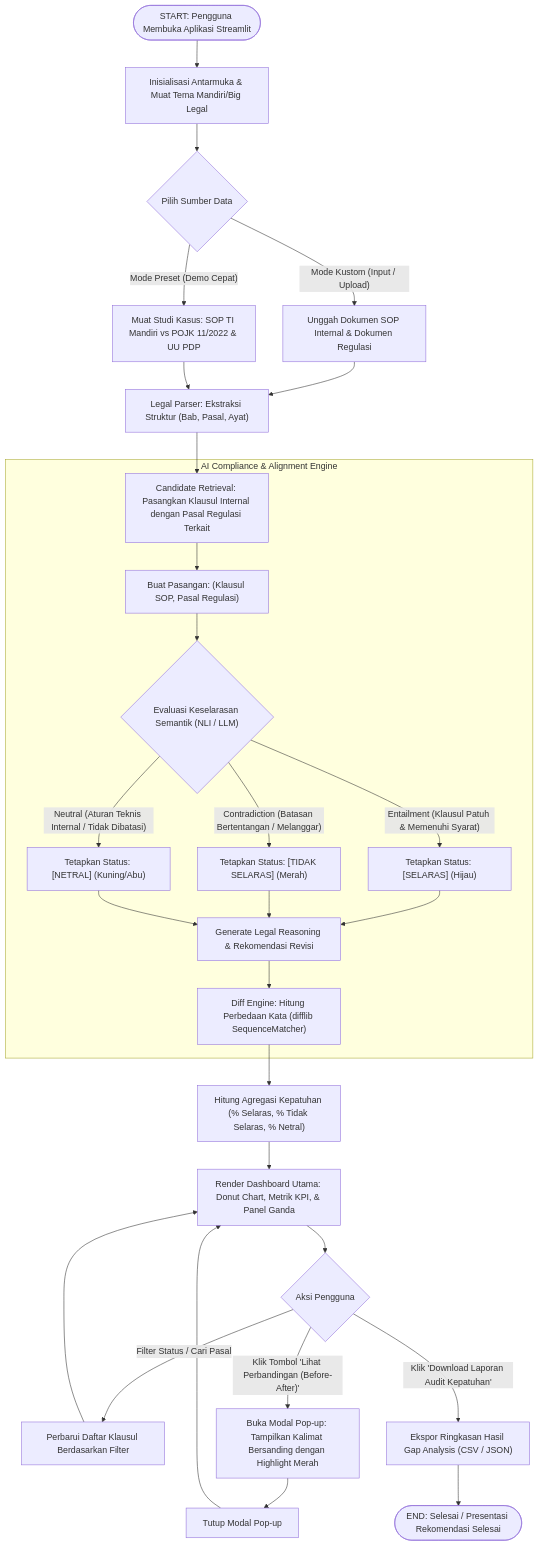
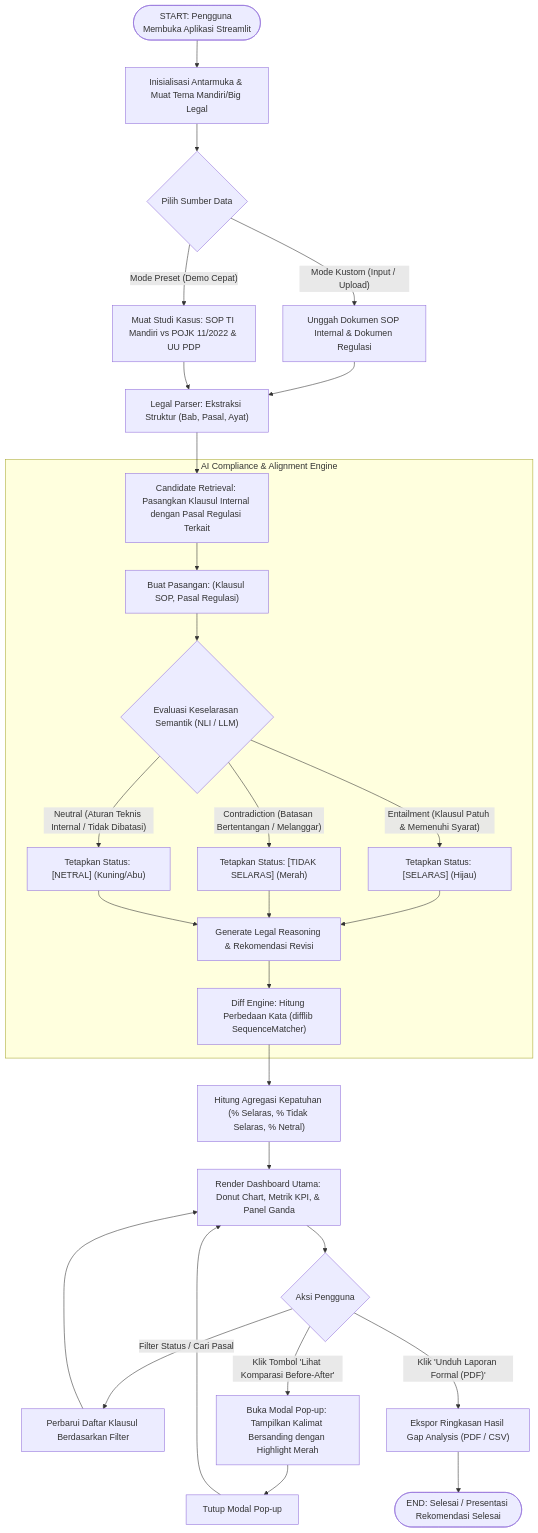
The diagram in analisis.md (desmanveliushalawa/selaraskan-mdab), drawn with Mermaid before and after one commit. The commit also changed other lines of this file and 7 other files, not shown here.

````diff
--- a/analisis.md
+++ b/analisis.md
@@ -93,46 +47,46 @@
 ```mermaid
 flowchart TD
     Start(["START: Pengguna Membuka Aplikasi Streamlit"]) --> LoadUI["Inisialisasi Antarmuka & Muat Tema Mandiri/Big Legal"]
     
     LoadUI --> SelectMode{"Pilih Sumber Data"}
     
     SelectMode -->|"Mode Preset (Demo Cepat)"| LoadPreset["Muat Studi Kasus: SOP TI Mandiri vs POJK 11/2022 & UU PDP"]
     SelectMode -->|"Mode Kustom (Input / Upload)"| IngestDoc["Unggah Dokumen SOP Internal & Dokumen Regulasi"]
     
     IngestDoc --> ParseHierarchy["Legal Parser: Ekstraksi Struktur (Bab, Pasal, Ayat)"]
     LoadPreset --> ParseHierarchy
     
     ParseHierarchy --> RetrievalStep["Candidate Retrieval: Pasangkan Klausul Internal dengan Pasal Regulasi Terkait"]
     
     subgraph Engine["AI Compliance & Alignment Engine"]
         RetrievalStep --> PairClauses["Buat Pasangan: (Klausul SOP, Pasal Regulasi)"]
         PairClauses --> NLIClassification{"Evaluasi Keselarasan Semantik (NLI / LLM)"}
         
         NLIClassification -->|"Entailment (Klausul Patuh & Memenuhi Syarat)"| LabelSelaras["Tetapkan Status: [SELARAS] (Hijau)"]
         NLIClassification -->|"Contradiction (Batasan Bertentangan / Melanggar)"| LabelTidakSelaras["Tetapkan Status: [TIDAK SELARAS] (Merah)"]
         NLIClassification -->|"Neutral (Aturan Teknis Internal / Tidak Dibatasi)"| LabelNetral["Tetapkan Status: [NETRAL] (Kuning/Abu)"]
         
         LabelSelaras --> GenReasoning["Generate Legal Reasoning & Rekomendasi Revisi"]
         LabelTidakSelaras --> GenReasoning
         LabelNetral --> GenReasoning
         
         GenReasoning --> ComputeDiff["Diff Engine: Hitung Perbedaan Kata (difflib SequenceMatcher)"]
     end
     
     ComputeDiff --> AggregateMetrics["Hitung Agregasi Kepatuhan (% Selaras, % Tidak Selaras, % Netral)"]
     
     AggregateMetrics --> RenderDashboard["Render Dashboard Utama: Donut Chart, Metrik KPI, & Panel Ganda"]
     
     RenderDashboard --> UserAction{"Aksi Pengguna"}
     
     UserAction -->|"Filter Status / Cari Pasal"| FilterView["Perbarui Daftar Klausul Berdasarkan Filter"]
     FilterView --> RenderDashboard
     
-    UserAction -->|"Klik Tombol 'Lihat Perbandingan (Before-After)'"| OpenModal["Buka Modal Pop-up: Tampilkan Kalimat Bersanding dengan Highlight Merah"]
+    UserAction -->|"Klik Tombol 'Lihat Komparasi Before-After'"| OpenModal["Buka Modal Pop-up: Tampilkan Kalimat Bersanding dengan Highlight Merah"]
     OpenModal --> CloseModal["Tutup Modal Pop-up"]
     CloseModal --> RenderDashboard
     
-    UserAction -->|"Klik 'Download Laporan Audit Kepatuhan'"| ExportReport["Ekspor Ringkasan Hasil Gap Analysis (CSV / JSON)"]
+    UserAction -->|"Klik 'Unduh Laporan Formal (PDF)'"| ExportReport["Ekspor Ringkasan Hasil Gap Analysis (PDF / CSV)"]
     
     ExportReport --> End(["END: Selesai / Presentasi Rekomendasi Selesai"])
 ```
````
